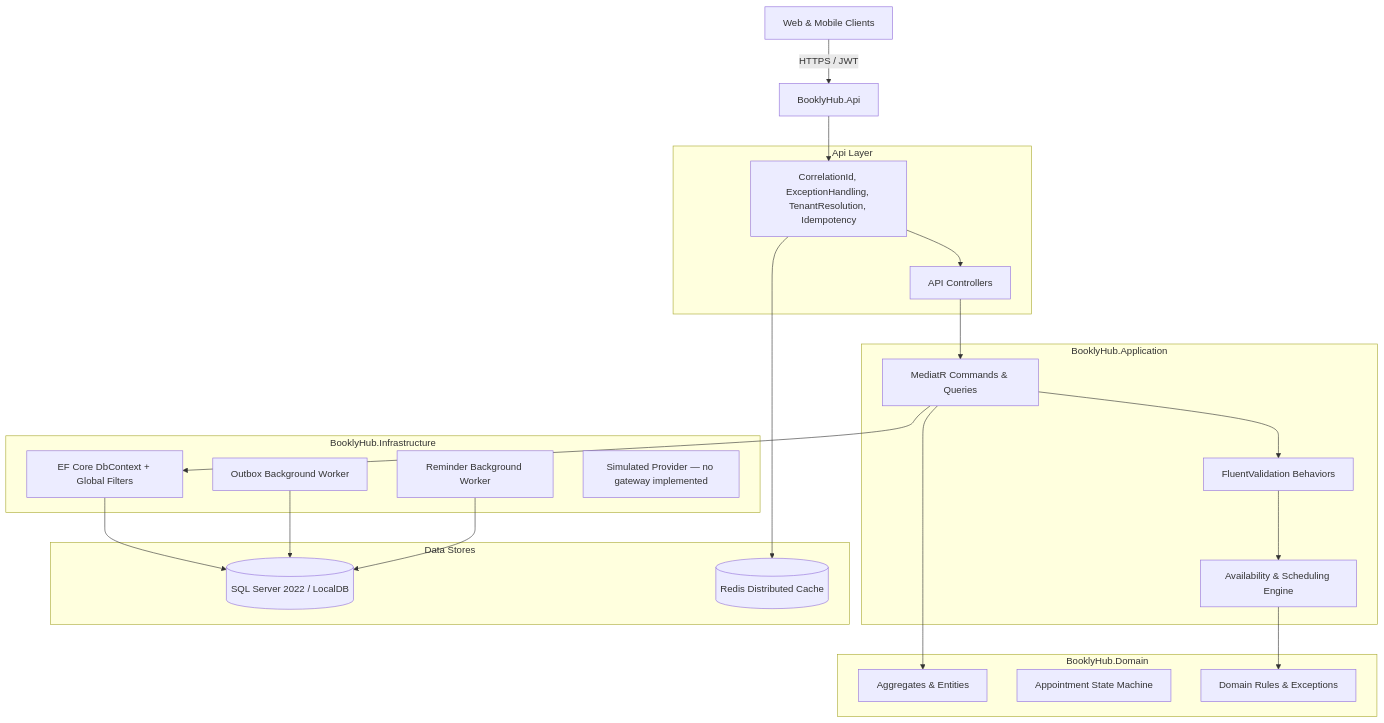
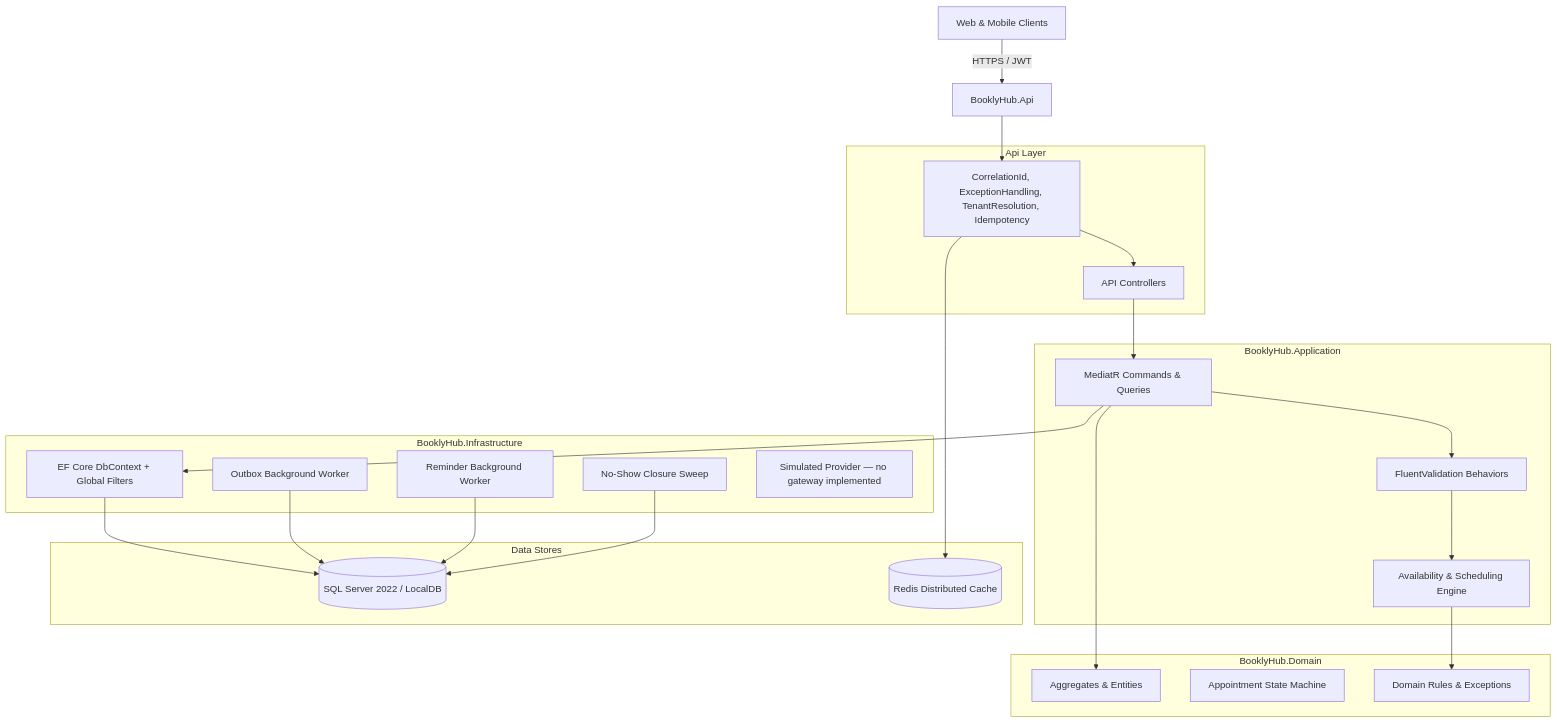
Before and after one commit to dante127/BooklyHub: the diagram in README.md, drawn with Mermaid. The commit also changed other lines of this file and 15 other files, not shown here.

````diff
--- a/README.md
+++ b/README.md
@@ -33,43 +34,45 @@
 ```mermaid
 graph TD
     Client[Web & Mobile Clients] -->|HTTPS / JWT| Api[BooklyHub.Api]
     
     subgraph Api Layer
         Middleware[CorrelationId, ExceptionHandling, TenantResolution, Idempotency]
         Controllers[API Controllers]
     end
 
     subgraph Application Layer [BooklyHub.Application]
         CQRS[MediatR Commands & Queries]
         Validators[FluentValidation Behaviors]
         Availability[Availability & Scheduling Engine]
     end
 
     subgraph Domain Layer [BooklyHub.Domain]
         Entities[Aggregates & Entities]
         StateMachine[Appointment State Machine]
         DomainRules[Domain Rules & Exceptions]
     end
 
     subgraph Infrastructure Layer [BooklyHub.Infrastructure]
         EFCore[EF Core DbContext + Global Filters]
         OutboxWorker[Outbox Background Worker]
         ReminderWorker[Reminder Background Worker]
+        NoShowWorker[No-Show Closure Sweep]
         PaymentGateway[Simulated Provider — no gateway implemented]
     end
 
     subgraph Data Stores
         SqlServer[(SQL Server 2022 / LocalDB)]
         RedisCache[(Redis Distributed Cache)]
     end
 
     Api --> Middleware --> Controllers --> CQRS
     CQRS --> Validators --> Availability
     Availability --> DomainRules
     CQRS --> Entities
     CQRS --> EFCore
     EFCore --> SqlServer
     OutboxWorker --> SqlServer
     ReminderWorker --> SqlServer
+    NoShowWorker --> SqlServer
     Middleware --> RedisCache
 ```
````
